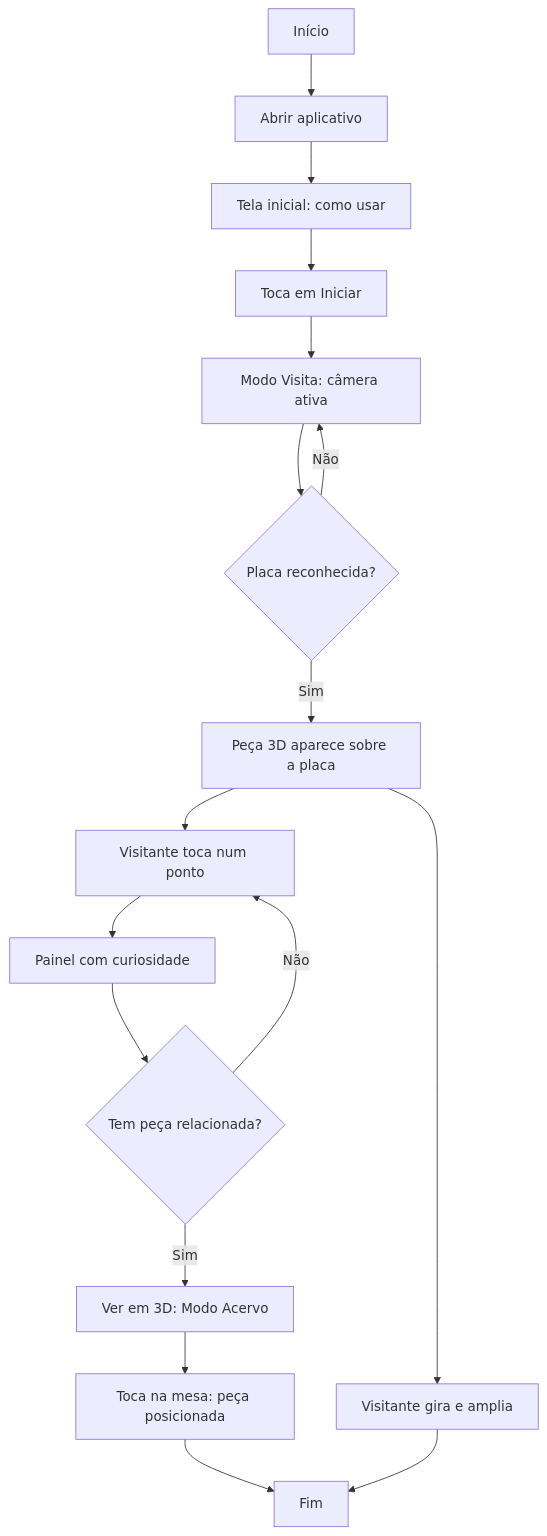
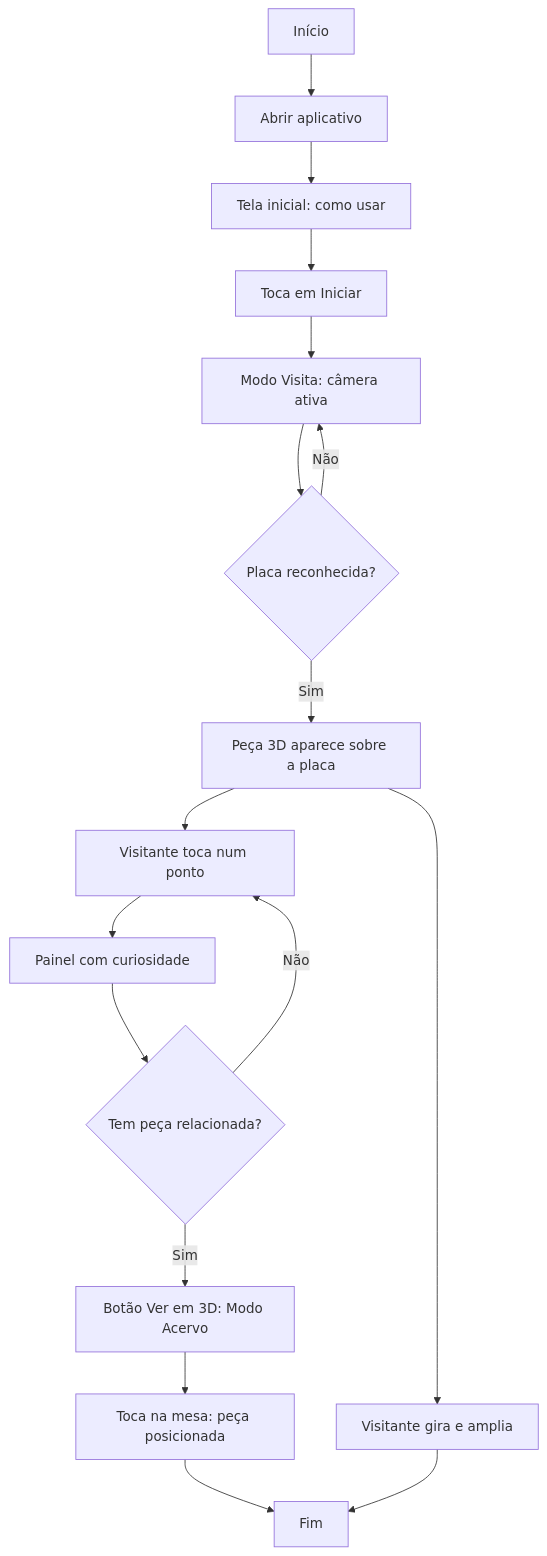
One commit to Kayke-Denelle/UPX-ARMOBILE changed the third of 4 diagrams in README.md. Above: the diagram before and after it, drawn with Mermaid. The commit also changed other lines of this file and 8 other files, not shown here.

````diff
--- a/README.md
+++ b/README.md
@@ -407,19 +410,19 @@
 ```mermaid
 flowchart TD
     A[Início] --> B[Abrir aplicativo]
     B --> S[Tela inicial: como usar]
     S --> T[Toca em Iniciar]
     T --> C[Modo Visita: câmera ativa]
     C --> D{Placa reconhecida?}
     D -- Não --> C
     D -- Sim --> E[Peça 3D aparece sobre a placa]
     E --> F[Visitante gira e amplia]
     E --> G[Visitante toca num ponto]
     G --> H[Painel com curiosidade]
     H --> I{Tem peça relacionada?}
-    I -- Sim --> J[Ver em 3D: Modo Acervo]
+    I -- Sim --> J[Botão Ver em 3D: Modo Acervo]
     J --> K[Toca na mesa: peça posicionada]
     I -- Não --> G
     K --> L[Fim]
     F --> L
 ```
````
